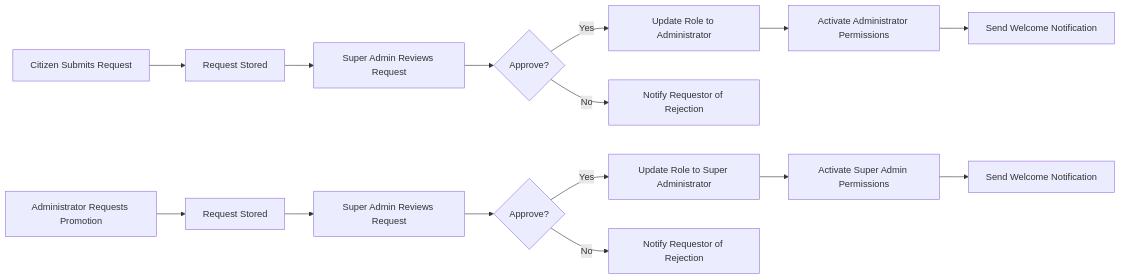
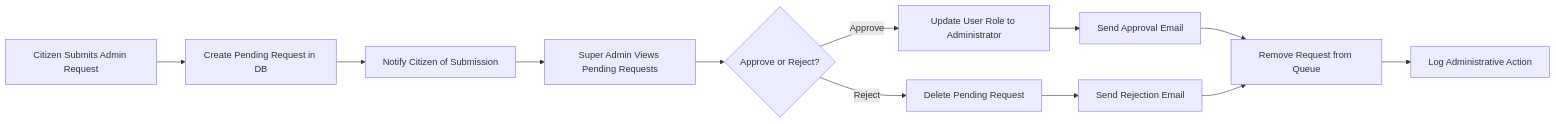
Before and after one commit to wrtnlabs/autobe-examples: the second of 5 diagrams in qwen/qwen3-next-80b-a3b-instruct/bbs/docs/analysis/00-toc.md, drawn with Mermaid. The commit also changed other lines of this file and 11104 other files, not shown here.

````diff
--- a/qwen/qwen3-next-80b-a3b-instruct/bbs/docs/analysis/00-toc.md
+++ b/qwen/qwen3-next-80b-a3b-instruct/bbs/docs/analysis/00-toc.md
@@ -288,17 +369,14 @@
 ```mermaid
 graph LR
-  A["Citizen Submits Request"] --> B["Request Stored"]
-  B --> C["Super Admin Reviews Request"]
-  C --> D{"Approve?"}
-  D -->|Yes| E["Update Role to Administrator"]
-  D -->|No| F["Notify Requestor of Rejection"]
-  E --> G["Activate Administrator Permissions"]
-  G --> H["Send Welcome Notification"]
-  I["Administrator Requests Promotion"] --> J["Request Stored"]
-  J --> K["Super Admin Reviews Request"]
-  K --> L{"Approve?"}
-  L -->|Yes| M["Update Role to Super Administrator"]
-  L -->|No| N["Notify Requestor of Rejection"]
-  M --> O["Activate Super Admin Permissions"]
-  O --> P["Send Welcome Notification"]
+  A["Citizen Submits Admin Request"] --> B["Create Pending Request in DB"]
+  B --> C["Notify Citizen of Submission"]
+  C --> D["Super Admin Views Pending Requests"]
+  D --> E{"Approve or Reject?"}
+  E -->|Approve| F["Update User Role to Administrator"]
+  E -->|Reject| G["Delete Pending Request"]
+  F --> H["Send Approval Email"]
+  G --> I["Send Rejection Email"]
+  H --> J["Remove Request from Queue"]
+  I --> J
+  J --> K["Log Administrative Action"]
 ```
````
